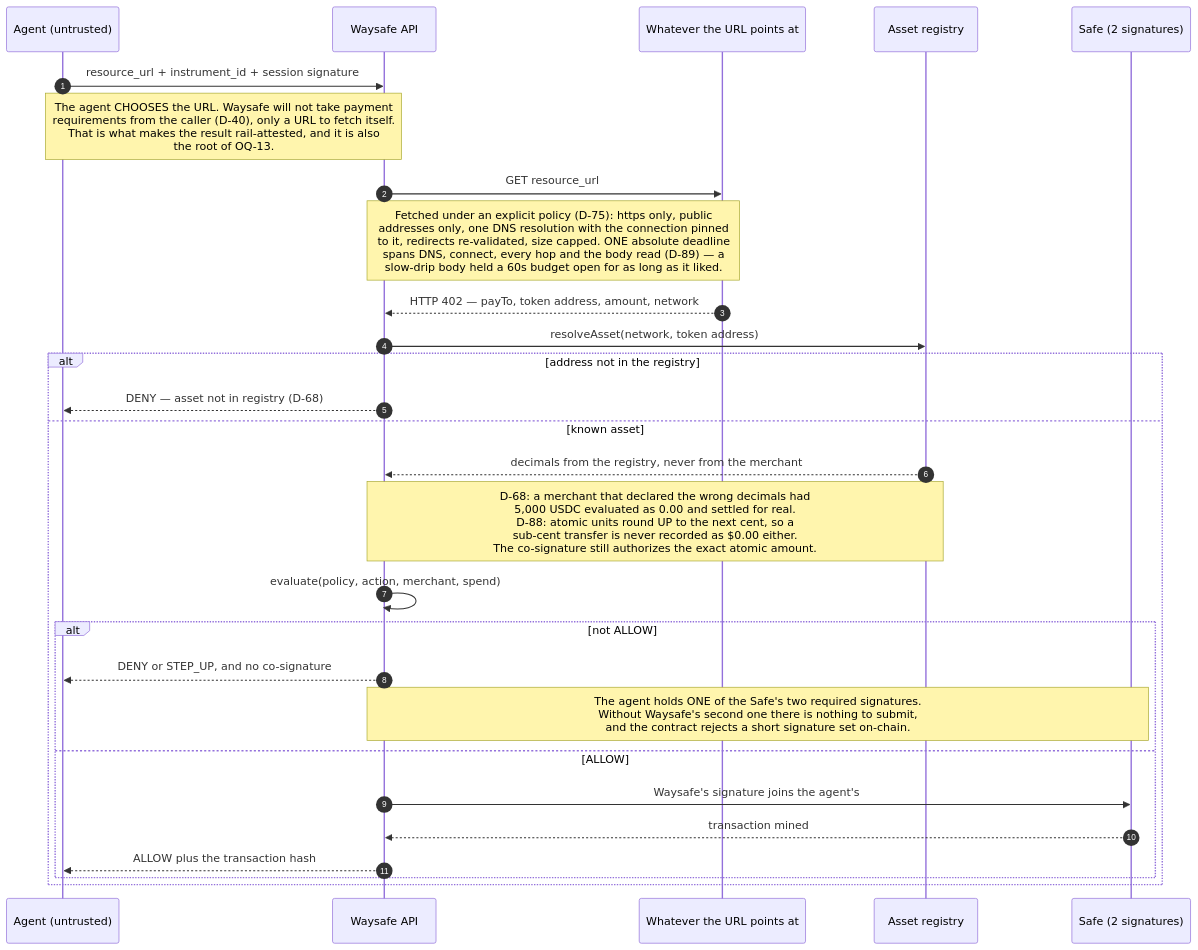
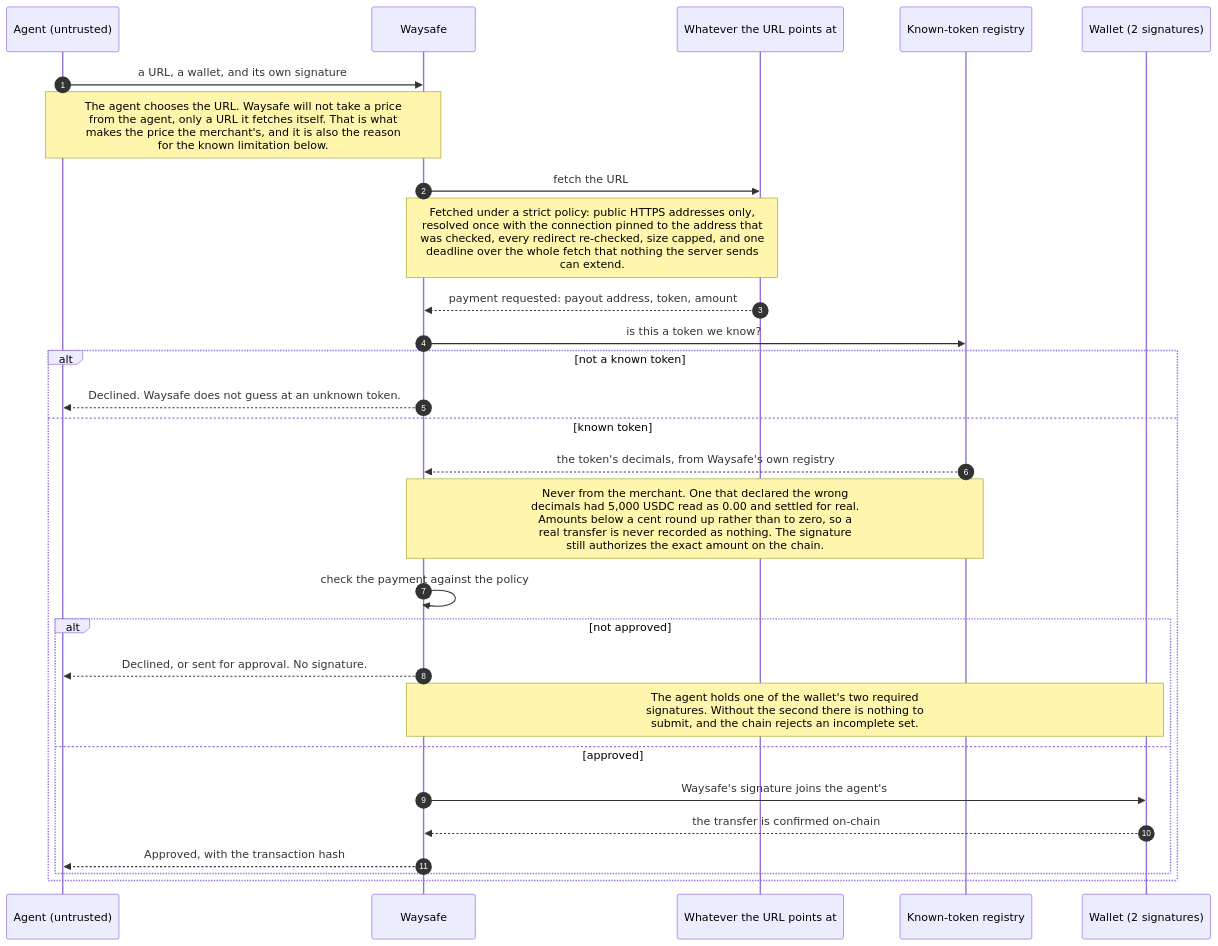
Before and after one commit to getwaysafe/waysafe: the diagram in docs/diagrams/x402.mmd, drawn with Mermaid. The commit also changed 26 other files, not shown here.

```diff
--- a/docs/diagrams/x402.mmd
+++ b/docs/diagrams/x402.mmd
@@ -1,30 +1,30 @@
 sequenceDiagram
     autonumber
     participant A as Agent (untrusted)
-    participant W as Waysafe API
+    participant W as Waysafe
     participant R as Whatever the URL points at
-    participant REG as Asset registry
-    participant SF as Safe (2 signatures)
+    participant REG as Known-token registry
+    participant SF as Wallet (2 signatures)
 
-    A->>W: resource_url + instrument_id + session signature
-    Note over A,W: The agent CHOOSES the URL. Waysafe will not take payment<br/>requirements from the caller (D-40), only a URL to fetch itself.<br/>That is what makes the result rail-attested, and it is also<br/>the root of OQ-13.
-    W->>R: GET resource_url
-    Note over W,R: Fetched under an explicit policy (D-75): https only, public<br/>addresses only, one DNS resolution with the connection pinned<br/>to it, redirects re-validated, size capped. ONE absolute deadline<br/>spans DNS, connect, every hop and the body read (D-89) — a<br/>slow-drip body held a 60s budget open for as long as it liked.
-    R-->>W: HTTP 402 — payTo, token address, amount, network
+    A->>W: a URL, a wallet, and its own signature
+    Note over A,W: The agent chooses the URL. Waysafe will not take a price<br/>from the agent, only a URL it fetches itself. That is what<br/>makes the price the merchant's, and it is also the reason<br/>for the known limitation below.
+    W->>R: fetch the URL
+    Note over W,R: Fetched under a strict policy: public HTTPS addresses only,<br/>resolved once with the connection pinned to the address that<br/>was checked, every redirect re-checked, size capped, and one<br/>deadline over the whole fetch that nothing the server sends<br/>can extend.
+    R-->>W: payment requested: payout address, token, amount
 
-    W->>REG: resolveAsset(network, token address)
-    alt address not in the registry
-        W-->>A: DENY — asset not in registry (D-68)
-    else known asset
-        REG-->>W: decimals from the registry, never from the merchant
-        Note over W,REG: D-68: a merchant that declared the wrong decimals had<br/>5,000 USDC evaluated as 0.00 and settled for real.<br/>D-88: atomic units round UP to the next cent, so a<br/>sub-cent transfer is never recorded as $0.00 either.<br/>The co-signature still authorizes the exact atomic amount.
-        W->>W: evaluate(policy, action, merchant, spend)
-        alt not ALLOW
-            W-->>A: DENY or STEP_UP, and no co-signature
-            Note over W,SF: The agent holds ONE of the Safe's two required signatures.<br/>Without Waysafe's second one there is nothing to submit,<br/>and the contract rejects a short signature set on-chain.
-        else ALLOW
+    W->>REG: is this a token we know?
+    alt not a known token
+        W-->>A: Declined. Waysafe does not guess at an unknown token.
+    else known token
+        REG-->>W: the token's decimals, from Waysafe's own registry
+        Note over W,REG: Never from the merchant. One that declared the wrong<br/>decimals had 5,000 USDC read as 0.00 and settled for real.<br/>Amounts below a cent round up rather than to zero, so a<br/>real transfer is never recorded as nothing. The signature<br/>still authorizes the exact amount on the chain.
+        W->>W: check the payment against the policy
+        alt not approved
+            W-->>A: Declined, or sent for approval. No signature.
+            Note over W,SF: The agent holds one of the wallet's two required<br/>signatures. Without the second there is nothing to<br/>submit, and the chain rejects an incomplete set.
+        else approved
             W->>SF: Waysafe's signature joins the agent's
-            SF-->>W: transaction mined
-            W-->>A: ALLOW plus the transaction hash
+            SF-->>W: the transfer is confirmed on-chain
+            W-->>A: Approved, with the transaction hash
         end
     end
```
